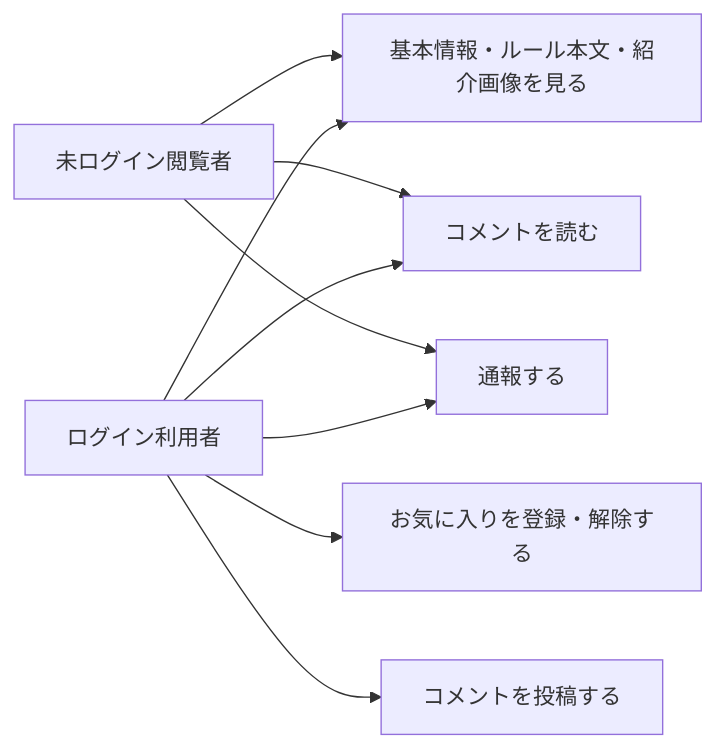
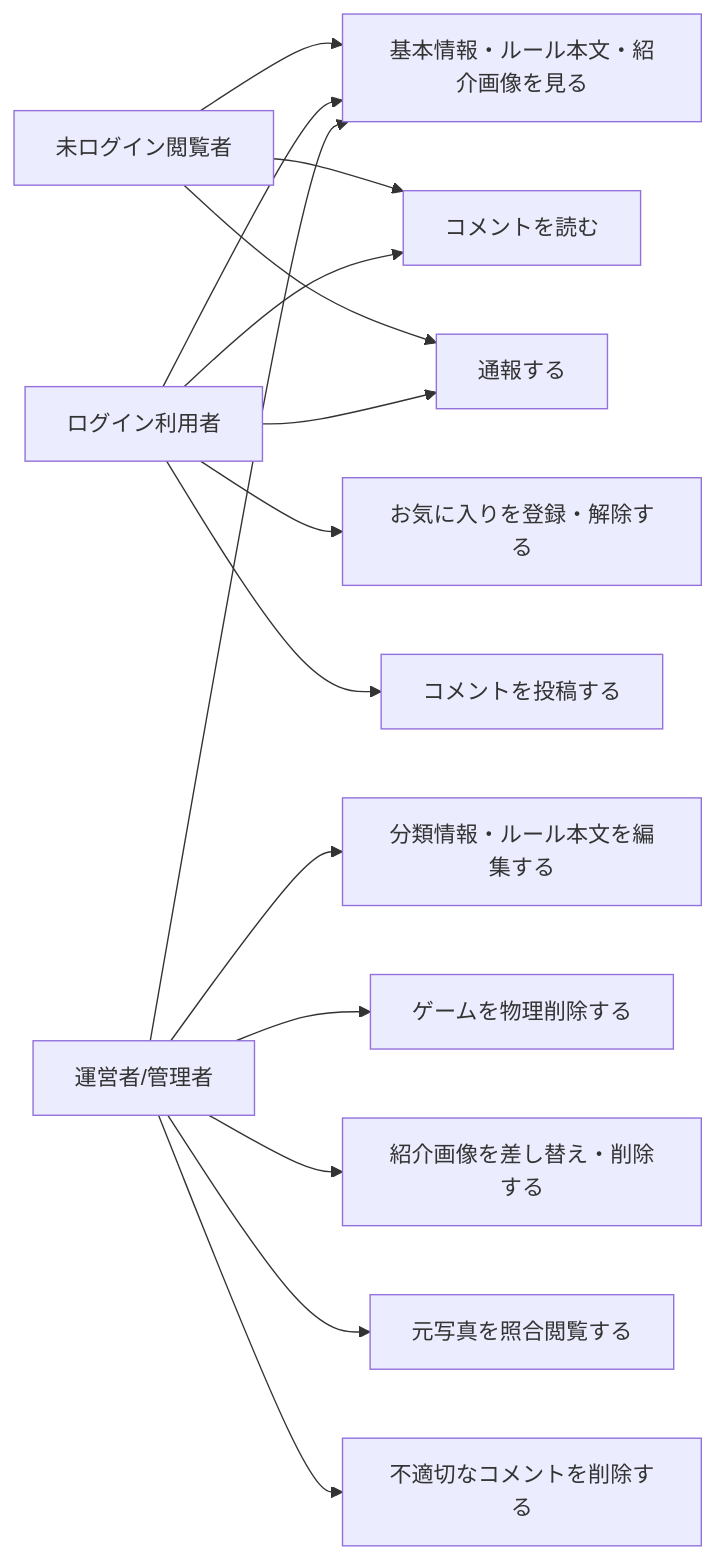
The diagram in specs/board-game-rules/game-detail/requirements.md (zakiyama0108/benriyatool), drawn with Mermaid before and after one commit. The commit also changed other lines of this file and 13 other files, not shown here.

````diff
--- a/specs/board-game-rules/game-detail/requirements.md
+++ b/specs/board-game-rules/game-detail/requirements.md
@@ -11,14 +11,21 @@
 ```mermaid
 flowchart LR
     guest[未ログイン閲覧者]
     member[ログイン利用者]
+    admin[運営者/管理者]
 
     guest --> view[基本情報・ルール本文・紹介画像を見る]
     guest --> readComment[コメントを読む]
     guest --> report[通報する]
     member --> view
     member --> readComment
     member --> report
     member --> favorite[お気に入りを登録・解除する]
     member --> postComment[コメントを投稿する]
+    admin --> view
+    admin --> editGame[分類情報・ルール本文を編集する]
+    admin --> deleteGame[ゲームを物理削除する]
+    admin --> swapPhoto[紹介画像を差し替え・削除する]
+    admin --> viewOriginal[元写真を照合閲覧する]
+    admin --> deleteComment[不適切なコメントを削除する]
 ```
````
